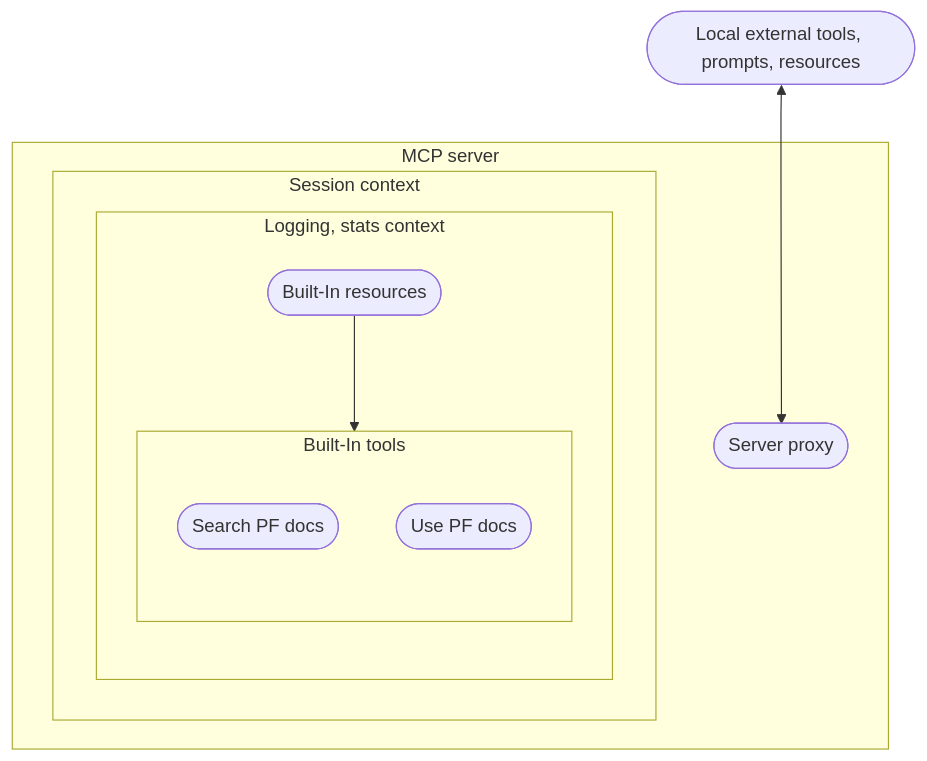
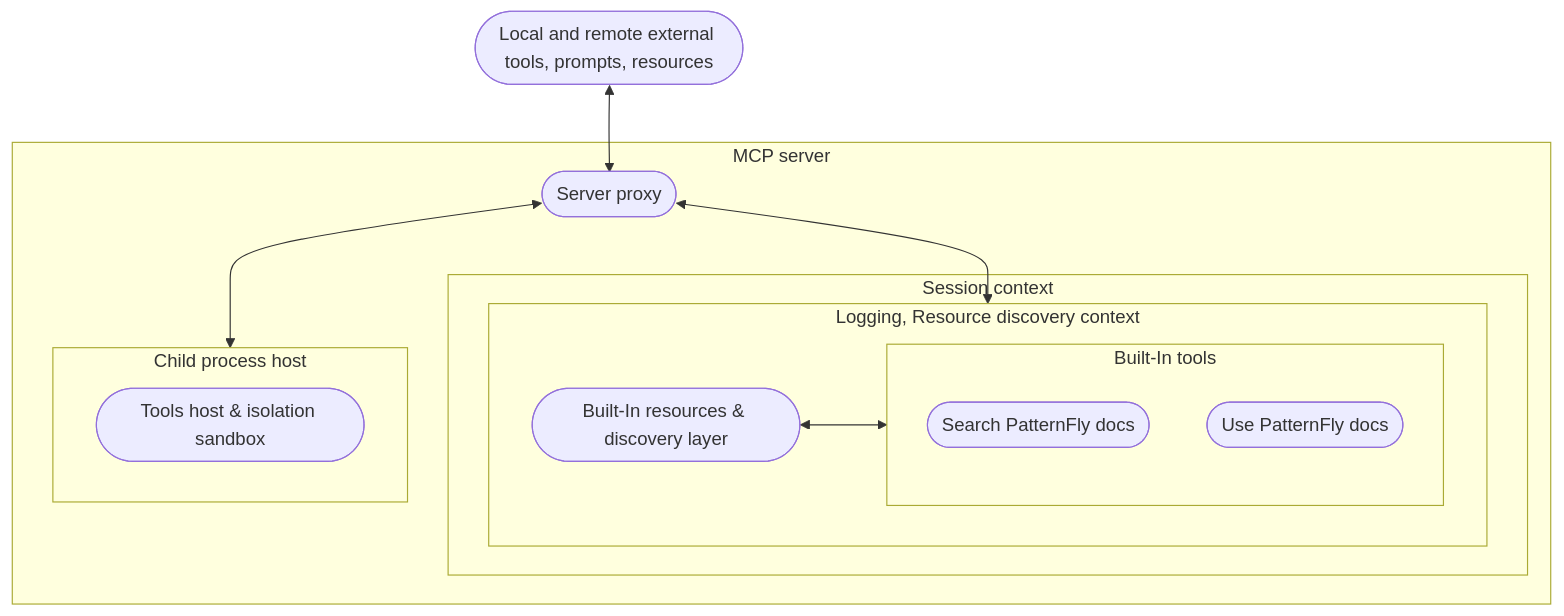
Before and after one commit to patternfly/patternfly-mcp: the first of 2 diagrams in docs/architecture.md, drawn with Mermaid. The commit also changed other lines of this file and 5 other files, not shown here.

First line of the commit message:
docs: update usage, architecture, maintenance (#143)

````diff
--- a/docs/architecture.md
+++ b/docs/architecture.md
@@ -47,18 +59,23 @@
 ```mermaid
 flowchart TD
   subgraph A1["MCP server"]
     subgraph E1["Session context"]
-      subgraph F1["Logging, stats context"]
+      subgraph F1["Logging, Resource discovery context"]
         subgraph F1A["Built-In tools"]
-          F1AA(["Search PF docs"])
-          F1AB(["Use PF docs"])
+          F1AA(["Search PatternFly docs"])
+          F1AB(["Use PatternFly docs"])
         end
-        F1B --> F1A
-        F1B(["Built-In resources"])
+        F1B <--> F1A
+        F1B(["Built-In resources & discovery layer"])
       end
     end
     D1(["Server proxy"])
+    D1 <--> F1
+    subgraph G1["Child process host"]
+      G1A(["Tools host & isolation sandbox"])
+    end
+    D1 <--> G1
   end
-  B1(["Local external tools, prompts, resources"])
+  B1(["Local and remote external tools, prompts, resources"])
   B1 <--> D1
 ```
````
